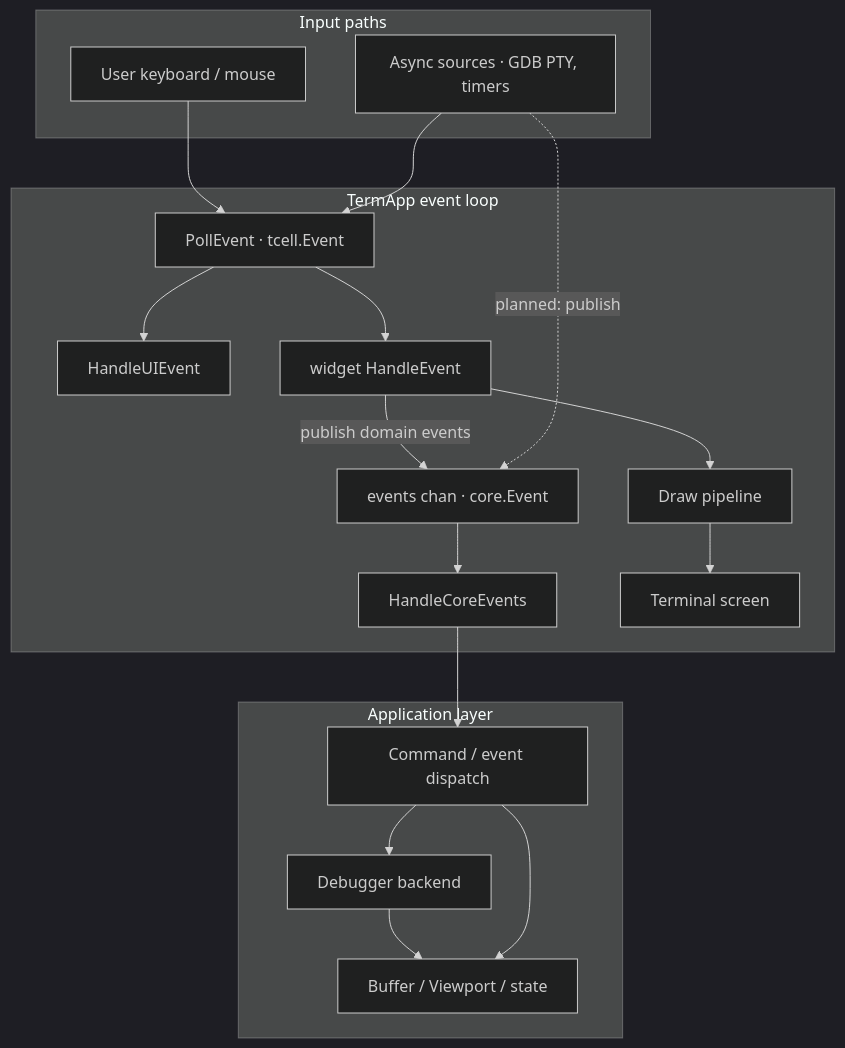
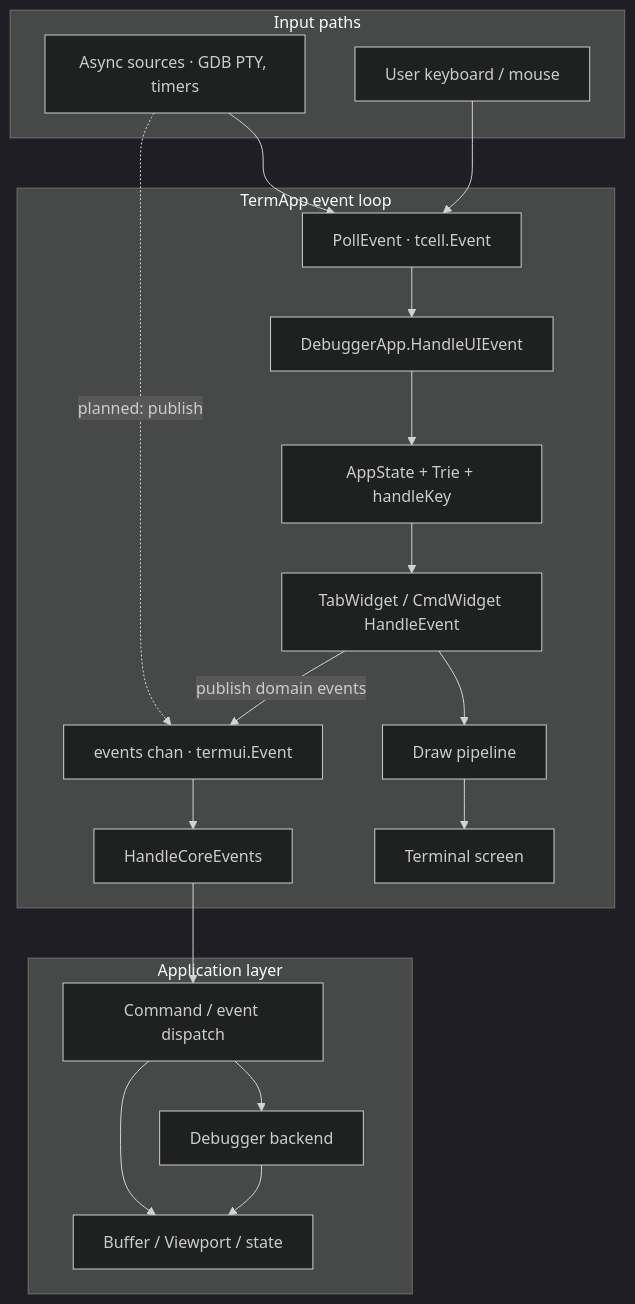
One commit to yairgd/gdbforge changed the fifth of 7 diagrams in docs/ARCHITECTURE.md. Above: the diagram before and after it, drawn with Mermaid (dark theme). The commit also changed other lines of this file and 18 other files, not shown here.

````diff
--- a/docs/ARCHITECTURE.md
+++ b/docs/ARCHITECTURE.md
@@ -155,36 +163,37 @@
 ```mermaid
 flowchart TB
     subgraph Input["Input paths"]
         User["User keyboard / mouse"]
         Async["Async sources · GDB PTY, timers"]
     end
 
     subgraph TermApp["TermApp event loop"]
         Poll["PollEvent · tcell.Event"]
-        Bus["events chan · core.Event"]
-        UIHandler["HandleUIEvent"]
-        Widgets["widget HandleEvent"]
+        Bus["events chan · termui.Event"]
+        UIHandler["DebuggerApp.HandleUIEvent"]
+        ModeRouter["AppState + Trie + handleKey"]
+        Widgets["TabWidget / CmdWidget HandleEvent"]
         CoreHub["HandleCoreEvents"]
         Draw["Draw pipeline"]
         Screen["Terminal screen"]
     end
 
     subgraph App["Application layer"]
         Dispatch["Command / event dispatch"]
         Debugger["Debugger backend"]
         Model["Buffer / Viewport / state"]
     end
 
     User --> Poll
     Async --> Poll
     Poll --> UIHandler
-    Poll --> Widgets
+    UIHandler --> ModeRouter --> Widgets
     Widgets -->|"publish domain events"| Bus
     Async -.->|"planned: publish"| Bus
     Bus --> CoreHub --> Dispatch
     Dispatch --> Debugger
     Debugger --> Model
     Dispatch --> Model
     Widgets --> Draw
     Draw --> Screen
 ```
````
